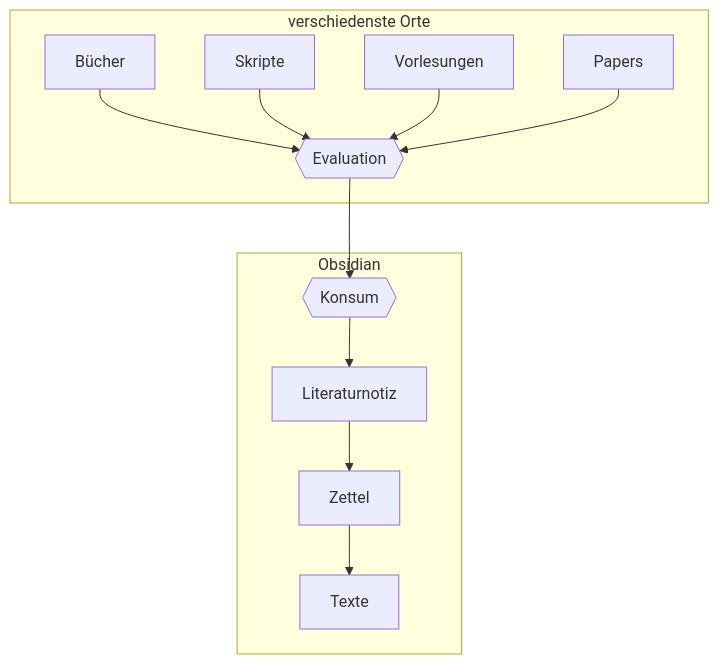
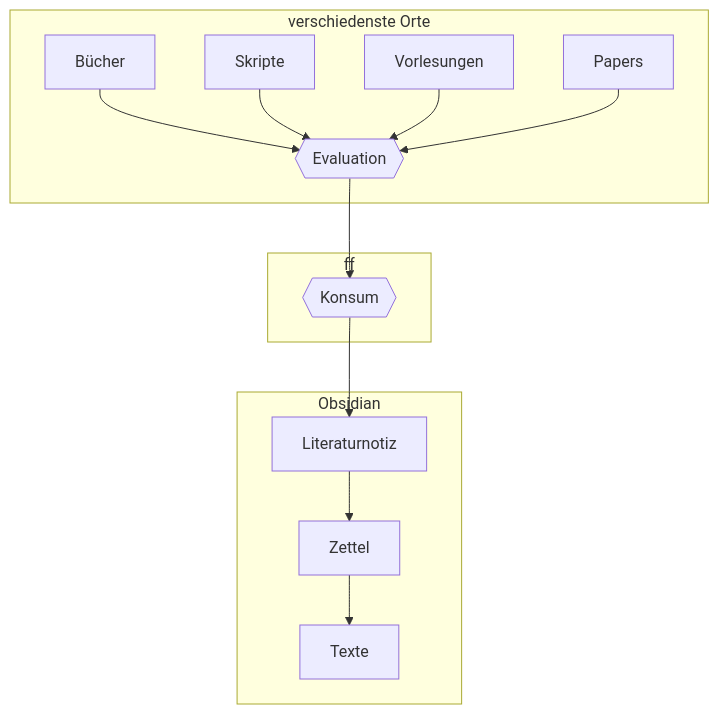
The diagram in System/Informationsverarbeitung.md (julianstoerig/zettelkasten), drawn with Mermaid before and after one commit.

Commit message:
automatic version-control: 2021-01-11 22:37:50

````diff
--- a/System/Informationsverarbeitung.md
+++ b/System/Informationsverarbeitung.md
@@ -1,26 +1,29 @@
 ```mermaid
 graph TD;
 
 B["Bücher"]
 S["Skripte"]
 V["Vorlesungen"]
 P["Papers"]
 
 E{{"Evaluation"}}
 K{{"Konsum"}}
 
 L["Literaturnotiz"]
 Z["Zettel"]
 T["Texte"]
 
 subgraph verschiedenste Orte
 	B & S & V & P --> E
 end
 
+subgraph ff
+	E --> K
+end
+
 subgraph Obsidian
-	E --> K
 	K --> L
 	L --> Z
 	Z --> T
 end
 ```
````
